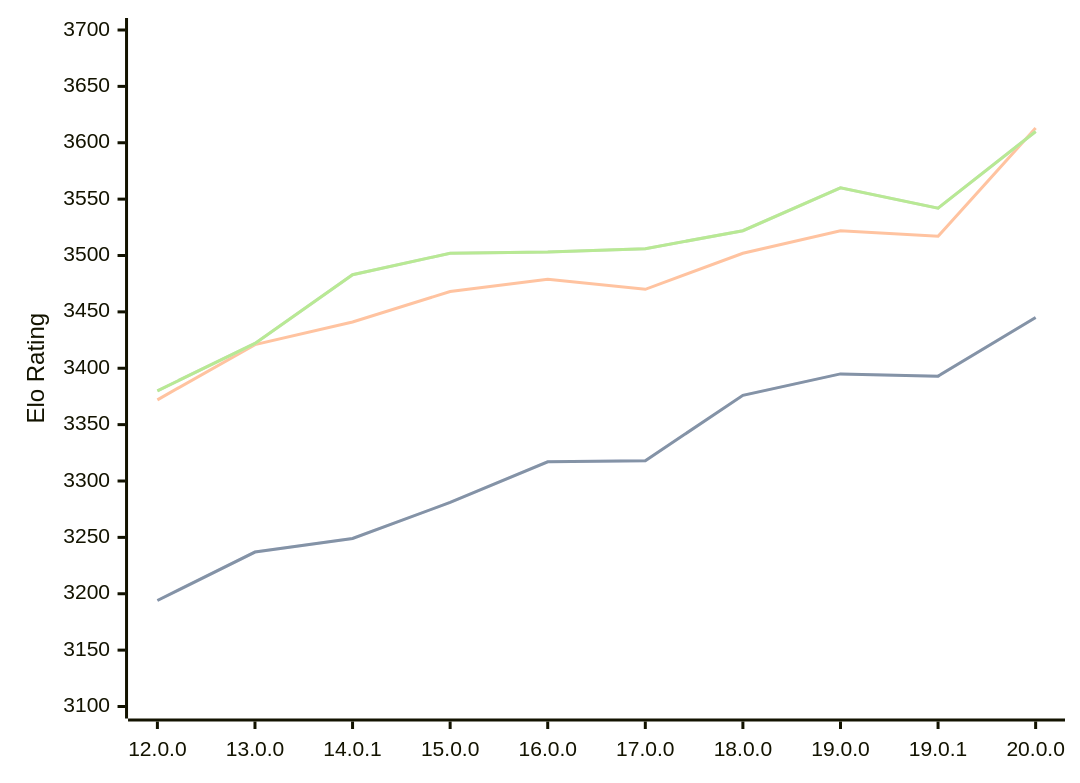
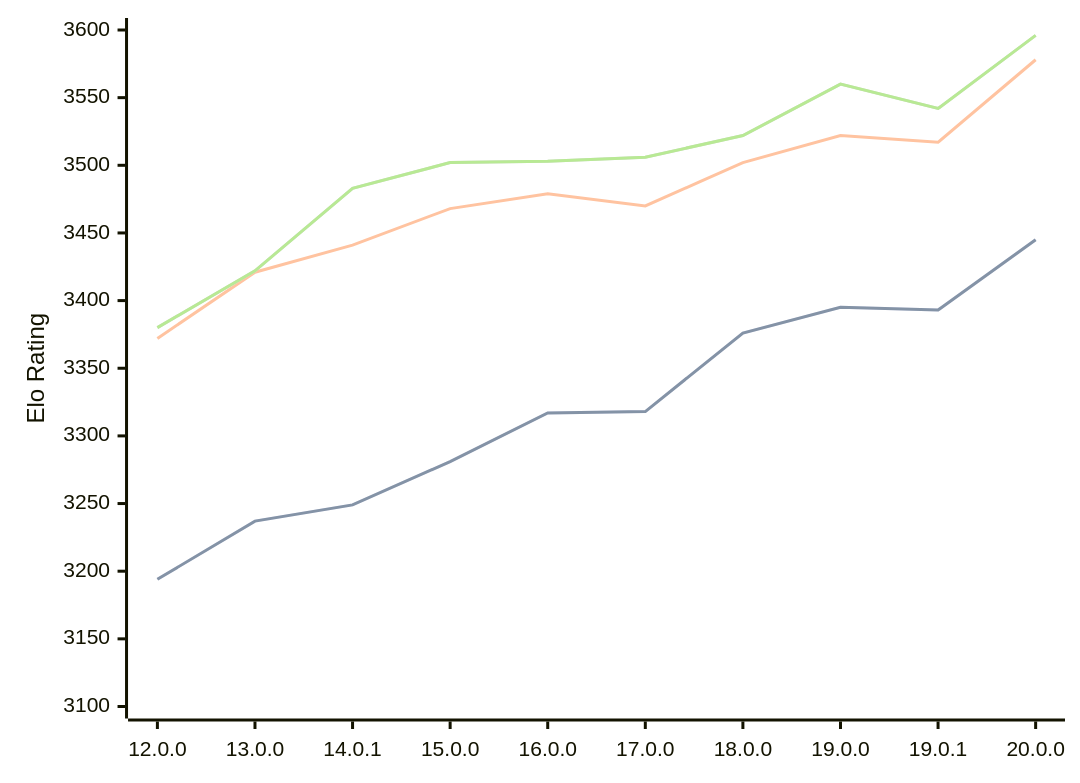
One commit to computer-chess-index/cci changed the first of 3 diagrams in engines/Viridithas.md. Above: the diagram before and after it, drawn with Mermaid. The commit also changed other lines of this file, not shown here.

Commit message:
Update CCI Ratings (ELO VLTC) - 2026-07-07

````diff
--- a/engines/Viridithas.md
+++ b/engines/Viridithas.md
@@ -64,11 +64,11 @@
 ```mermaid
 %%{init: {"theme":"base","themeVariables":{"seriesColors:['#a3a3a3','#222221','#faa371']}}}%%
 xychart-beta
   x-axis ["12.0.0", "13.0.0", "14.0.1", "15.0.0", "16.0.0", "17.0.0", "18.0.0", "19.0.0", "19.0.1", "20.0.0"]
-  y-axis "Elo Rating" 3100 --> 3700
+  y-axis "Elo Rating" 3100 --> 3600
   line "STC (8.0+0.08s)" [3194, 3237, 3249, 3281, 3317, 3318, 3376, 3395, 3393, 3445]
   line "STC (8.0+0.08s)" [3194, 3237, 3249, 3281, 3317, 3318, 3376, 3395, 3393, 3445]
-  line "LTC (60.0+0.60s)" [3372, 3421, 3441, 3468, 3479, 3470, 3502, 3522, 3517, 3613]
-  line "VLTC (2m24s+1.12s)" [3380, 3422, 3483, 3502, 3503, 3506, 3522, 3560, 3542, 3610]
-  line "VLTC (2m24s+1.12s)" [3380, 3422, 3483, 3502, 3503, 3506, 3522, 3560, 3542, 3610]
+  line "LTC (60.0+0.60s)" [3372, 3421, 3441, 3468, 3479, 3470, 3502, 3522, 3517, 3578]
+  line "VLTC (2m24s+1.12s)" [3380, 3422, 3483, 3502, 3503, 3506, 3522, 3560, 3542, 3596]
+  line "VLTC (2m24s+1.12s)" [3380, 3422, 3483, 3502, 3503, 3506, 3522, 3560, 3542, 3596]
 ```
````
